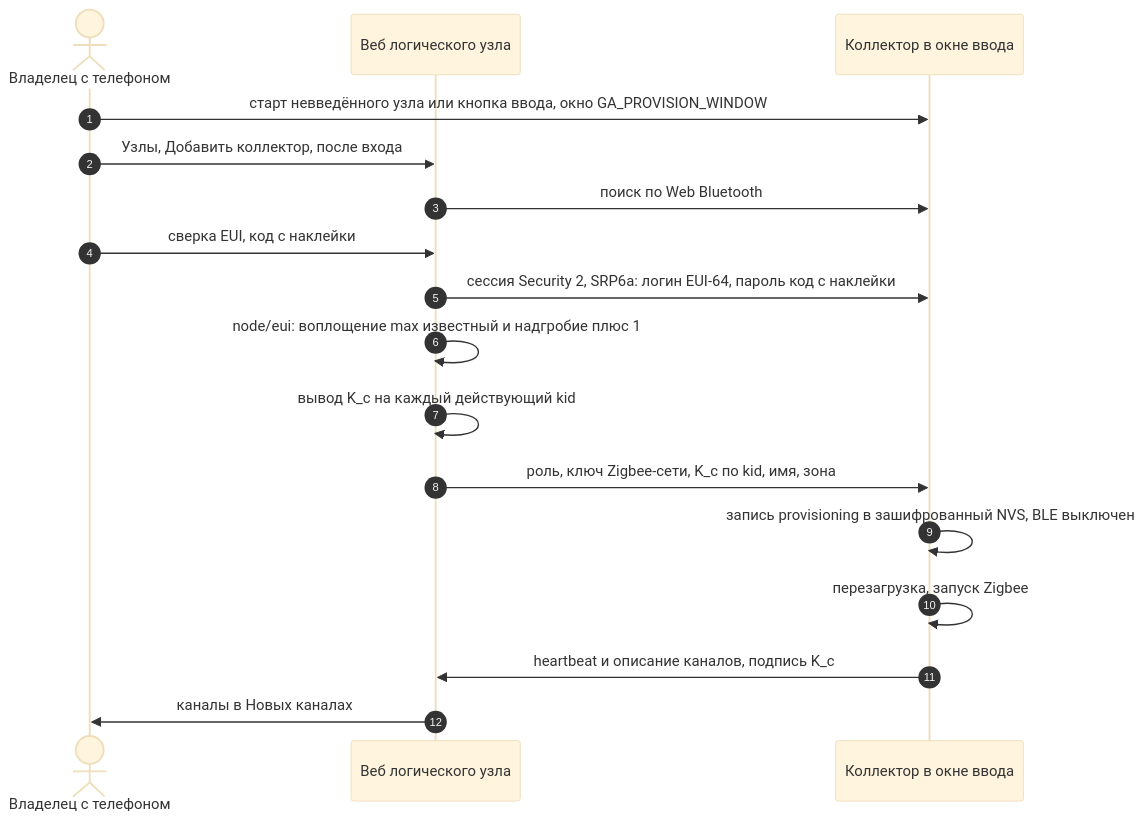
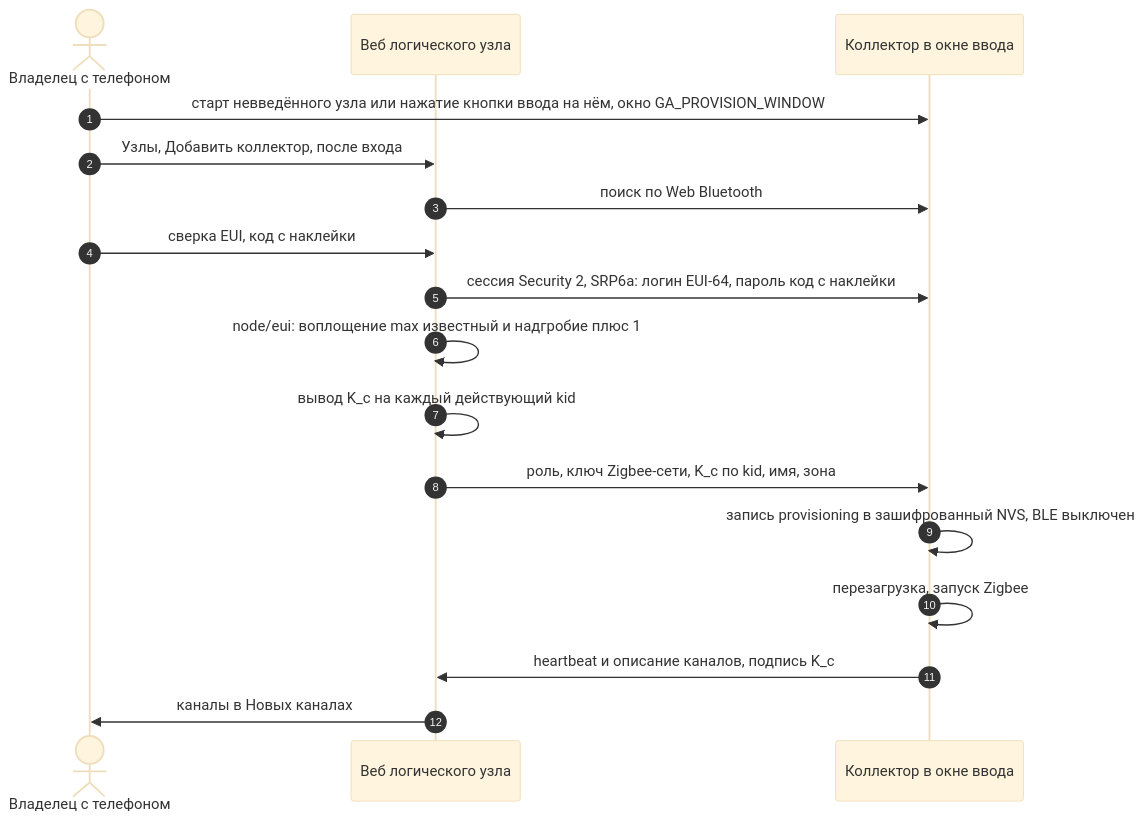
One commit to wol-micro/garageAlarms2.0 changed the ninth of 15 diagrams in _bmad-output/planning-artifacts/protocols-reference/garageAlarms2-протоколы-обмена.md. Above: the diagram before and after it, drawn with Mermaid (base theme). The commit also changed other lines of this file and 3 other files, not shown here.

````diff
--- a/_bmad-output/planning-artifacts/protocols-reference/garageAlarms2-протоколы-обмена.md
+++ b/_bmad-output/planning-artifacts/protocols-reference/garageAlarms2-протоколы-обмена.md
@@ -813,19 +813,19 @@
 ```mermaid
 sequenceDiagram
   autonumber
   actor O as Владелец с телефоном
   participant W as Веб логического узла
   participant C as Коллектор в окне ввода
-  O->>C: старт невведённого узла или кнопка ввода, окно GA_PROVISION_WINDOW
+  O->>C: старт невведённого узла или нажатие кнопки ввода на нём, окно GA_PROVISION_WINDOW
   O->>W: Узлы, Добавить коллектор, после входа
   W->>C: поиск по Web Bluetooth
   O->>W: сверка EUI, код с наклейки
   W->>C: сессия Security 2, SRP6a: логин EUI-64, пароль код с наклейки
   W->>W: node/eui: воплощение max известный и надгробие плюс 1
   W->>W: вывод K_c на каждый действующий kid
   W->>C: роль, ключ Zigbee-сети, K_c по kid, имя, зона
   C->>C: запись provisioning в зашифрованный NVS, BLE выключен
   C->>C: перезагрузка, запуск Zigbee
   C->>W: heartbeat и описание каналов, подпись K_c
   W->>O: каналы в Новых каналах
 ```
````
